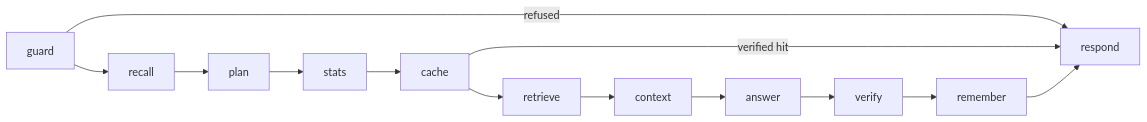
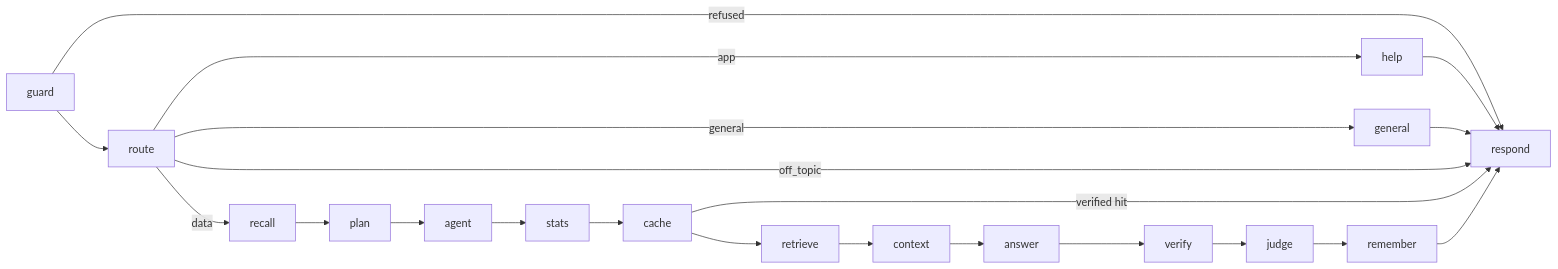
The third of 3 diagrams in README.md (Gurjas2112/Fanvaaz-State-of-Voice-Agent), drawn with Mermaid before and after one commit. The commit also changed other lines of this file and 23 other files, not shown here.

First line of the commit message:
Ask answers open questions: router, tool agent, claim judge, streaming, follow-ups, feedback

````diff
--- a/README.md
+++ b/README.md
@@ -124,7 +124,11 @@
 ```mermaid
 flowchart LR
   guard -->|refused| respond
-  guard --> recall --> plan --> stats --> cache
+  guard --> route
+  route -->|app| help --> respond
+  route -->|general| general --> respond
+  route -->|off_topic| respond
+  route -->|data| recall --> plan --> agent --> stats --> cache
   cache -->|verified hit| respond
-  cache --> retrieve --> context --> answer --> verify --> remember --> respond
+  cache --> retrieve --> context --> answer --> verify --> judge --> remember --> respond
 ```
````
